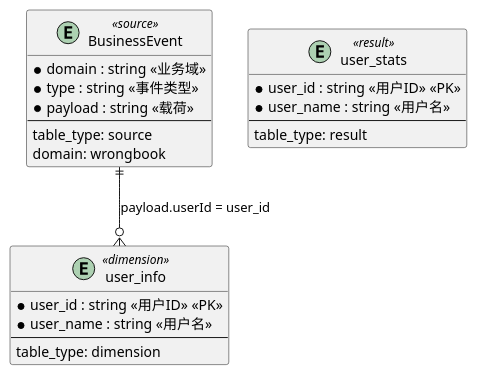
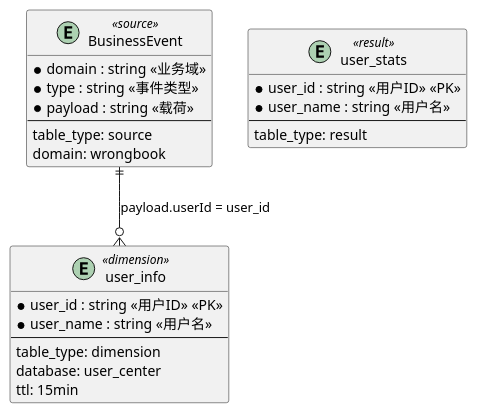
The second of 2 diagrams in .cursor/rules/ultra-simple-sql-generator.mdc (velamen-L/flink-task), drawn with PlantUML before and after one commit. The commit also changed other lines of this file and 12 other files, not shown here.

````diff
--- a/.cursor/rules/ultra-simple-sql-generator.mdc
+++ b/.cursor/rules/ultra-simple-sql-generator.mdc
@@ -188,28 +231,30 @@
 ```plantuml
 @startuml
 entity "BusinessEvent" as be <<source>> {
   * domain : string <<业务域>>
   * type : string <<事件类型>>
   * payload : string <<载荷>>
   --
   table_type: source
   domain: wrongbook
 }
 
 entity "user_info" as ui <<dimension>> {
   * user_id : string <<用户ID>> <<PK>>
   * user_name : string <<用户名>>
   --
   table_type: dimension
+  database: user_center
+  ttl: 15min
 }
 
 entity "user_stats" as us <<result>> {
   * user_id : string <<用户ID>> <<PK>>
   * user_name : string <<用户名>>
   --
   table_type: result
 }
 
 be ||--o{ ui : "payload.userId = user_id"
 @enduml
 ```
````
